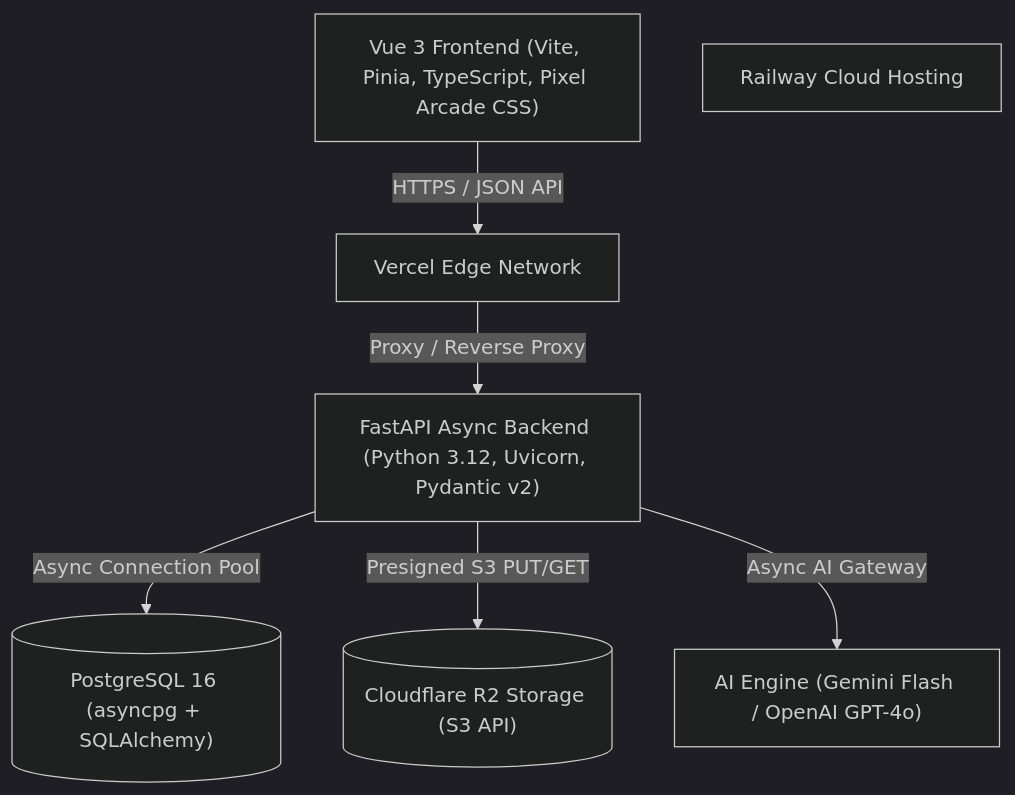
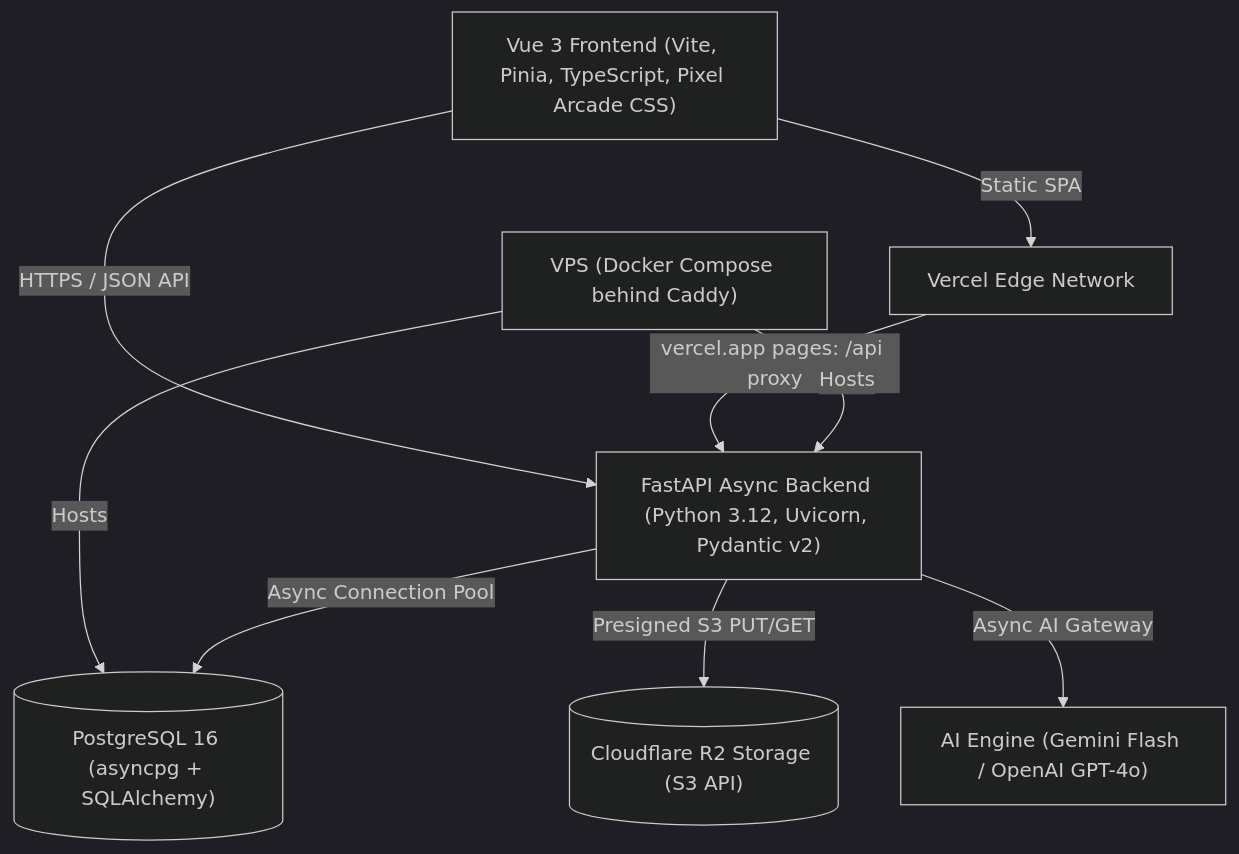
The diagram in docs/lingu-flow/index.md (newtc22222/technical-documents), drawn with Mermaid (dark theme) before and after one commit. The commit also changed other lines of this file and 32 other files, not shown here.

First line of the commit message:
docs(lingu-flow): sync wiki through v2.2.0

````diff
--- a/docs/lingu-flow/index.md
+++ b/docs/lingu-flow/index.md
@@ -67,16 +76,19 @@
 ```mermaid
 graph TD
     Client["Vue 3 Frontend (Vite, Pinia, TypeScript, Pixel Arcade CSS)"]
     Vercel["Vercel Edge Network"]
     Backend["FastAPI Async Backend (Python 3.12, Uvicorn, Pydantic v2)"]
-    Railway["Railway Cloud Hosting"]
+    VPS["VPS (Docker Compose behind Caddy)"]
     DB[("PostgreSQL 16 (asyncpg + SQLAlchemy)")]
     R2[("Cloudflare R2 Storage (S3 API)")]
     AI["AI Engine (Gemini Flash / OpenAI GPT-4o)"]
 
-    Client -->|HTTPS / JSON API| Vercel
-    Vercel -->|Proxy / Reverse Proxy| Backend
+    Client -->|Static SPA| Vercel
+    Client -->|HTTPS / JSON API| Backend
+    Vercel -->|vercel.app pages: /api proxy| Backend
+    VPS -->|Hosts| Backend
+    VPS -->|Hosts| DB
     Backend -->|Async Connection Pool| DB
     Backend -->|Presigned S3 PUT/GET| R2
     Backend -->|Async AI Gateway| AI
 ```
````
